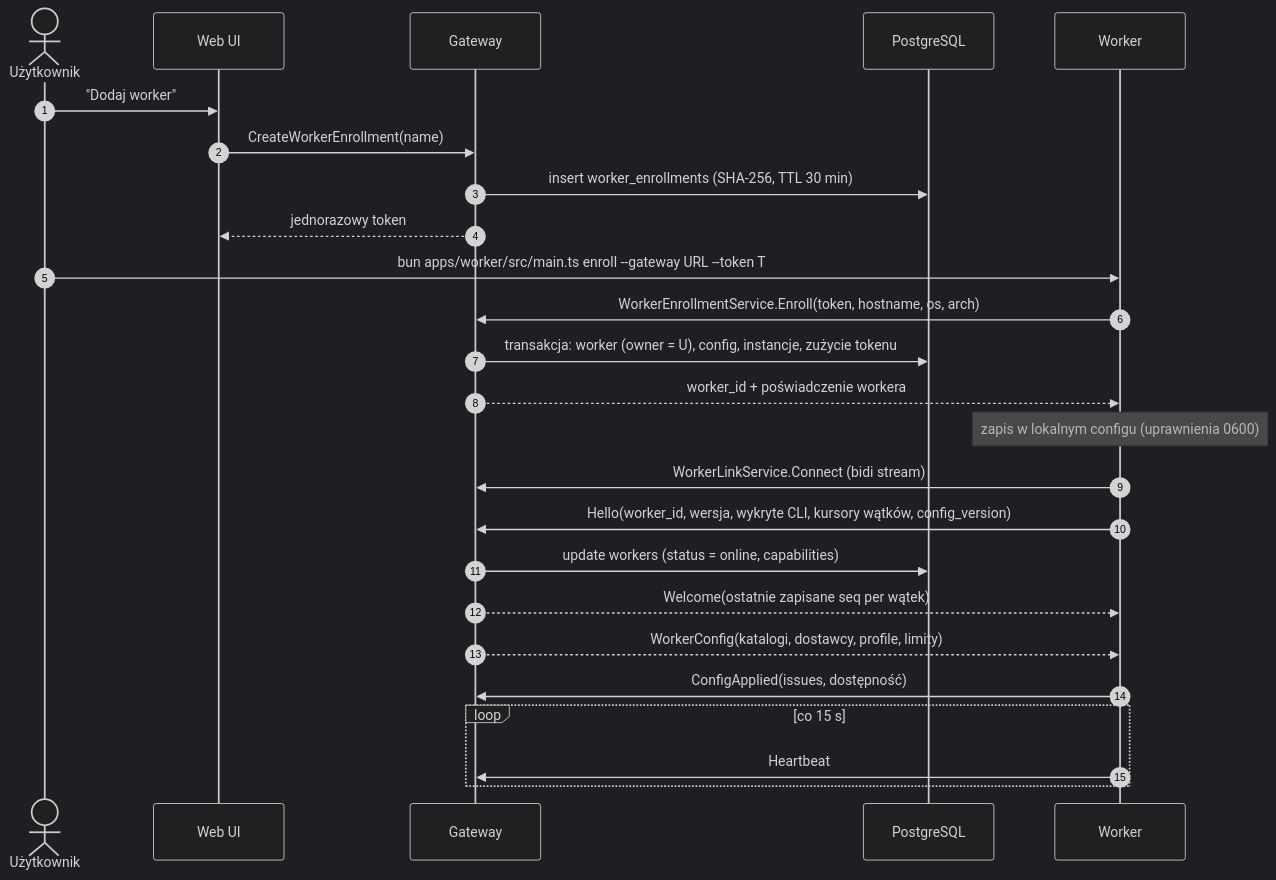
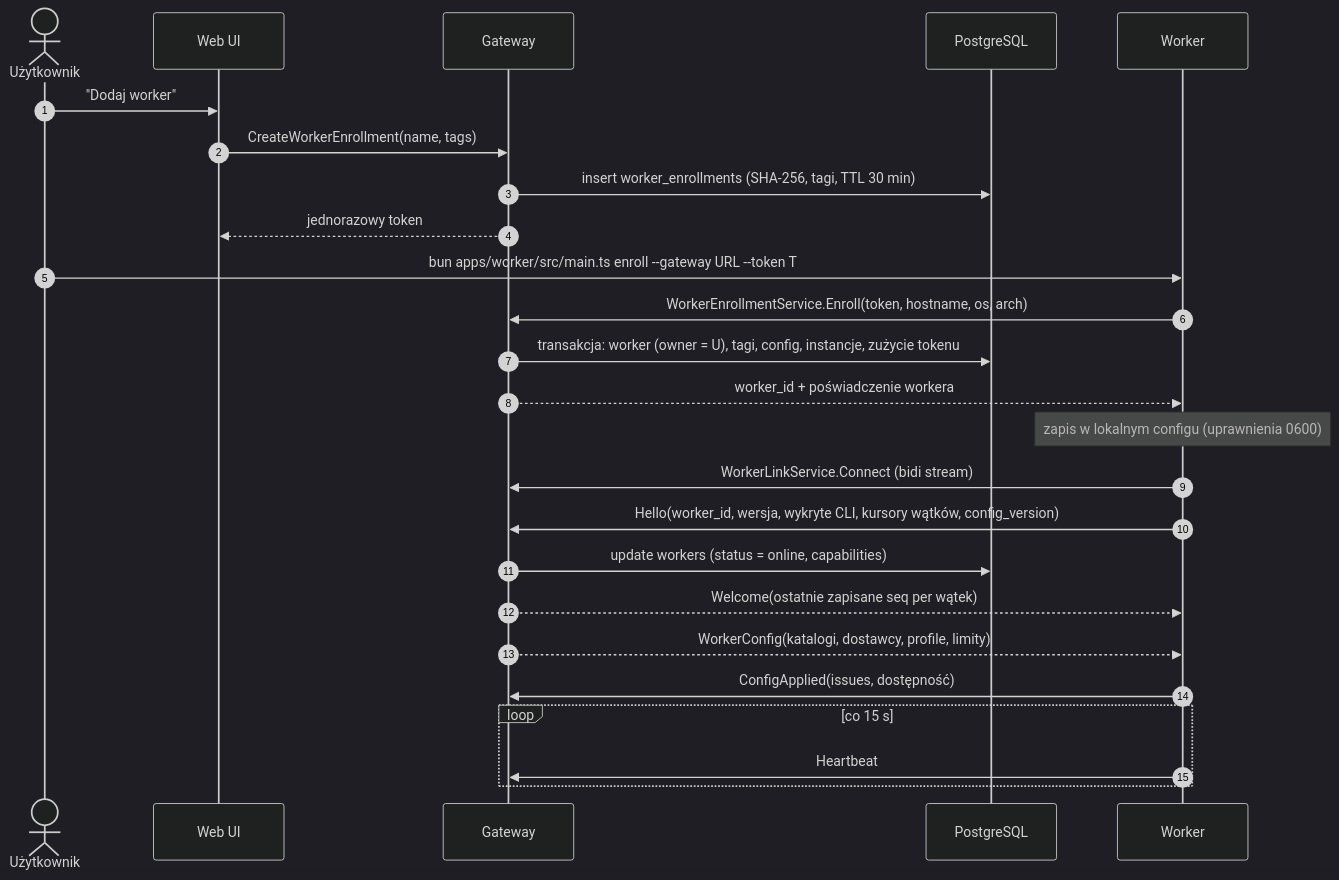
One commit to itsoltech/canopy changed the second of 5 diagrams in docs/architecture.md. Above: the diagram before and after it, drawn with Mermaid (dark theme). The commit also changed 29 other files, not shown here.

Commit message:
feat(workers): edit worker tags when adding and in the workers view

````diff
--- a/docs/architecture.md
+++ b/docs/architecture.md
@@ -141,28 +141,28 @@
 ```mermaid
 sequenceDiagram
     autonumber
     actor U as Użytkownik
     participant UI as Web UI
     participant GW as Gateway
     participant DB as PostgreSQL
     participant W as Worker
 
     U->>UI: "Dodaj worker"
-    UI->>GW: CreateWorkerEnrollment(name)
-    GW->>DB: insert worker_enrollments (SHA-256, TTL 30 min)
+    UI->>GW: CreateWorkerEnrollment(name, tags)
+    GW->>DB: insert worker_enrollments (SHA-256, tagi, TTL 30 min)
     GW-->>UI: jednorazowy token
     U->>W: bun apps/worker/src/main.ts enroll --gateway URL --token T
     W->>GW: WorkerEnrollmentService.Enroll(token, hostname, os, arch)
-    GW->>DB: transakcja: worker (owner = U), config, instancje, zużycie tokenu
+    GW->>DB: transakcja: worker (owner = U), tagi, config, instancje, zużycie tokenu
     GW-->>W: worker_id + poświadczenie workera
     Note over W: zapis w lokalnym configu (uprawnienia 0600)
     W->>GW: WorkerLinkService.Connect (bidi stream)
     W->>GW: Hello(worker_id, wersja, wykryte CLI, kursory wątków, config_version)
     GW->>DB: update workers (status = online, capabilities)
     GW-->>W: Welcome(ostatnie zapisane seq per wątek)
     GW-->>W: WorkerConfig(katalogi, dostawcy, profile, limity)
     W->>GW: ConfigApplied(issues, dostępność)
     loop co 15 s
         W->>GW: Heartbeat
     end
 ```
````
